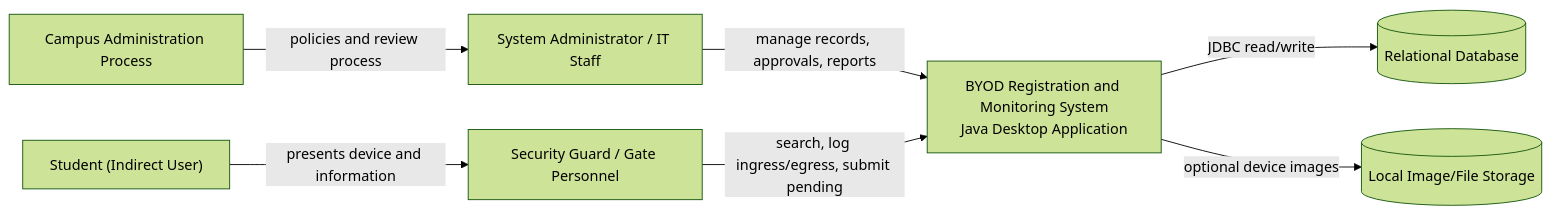
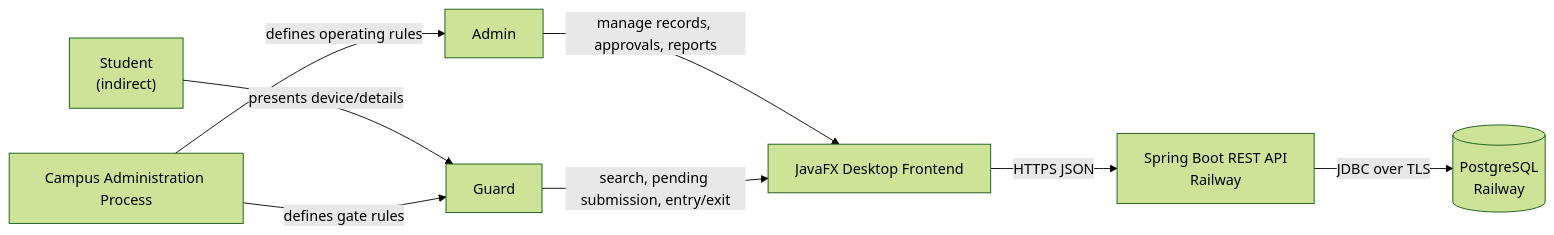
The diagram in docs/architecture/diagrams/mermaid/system-context.mmd (isnotfred/javafx-byod-client), drawn with Mermaid (forest theme) before and after one commit. The commit also changed other lines of this file and 55 other files, not shown here.

Commit message:
Update system analysis and architecture documentation

```diff
--- a/docs/architecture/diagrams/mermaid/system-context.mmd
+++ b/docs/architecture/diagrams/mermaid/system-context.mmd
@@ -1,15 +1,16 @@
 flowchart LR
-    Admin["System Administrator / IT Staff"]
-    Guard["Security Guard / Gate Personnel"]
-    Student["Student (Indirect User)"]
-    Campus["Campus Administration Process"]
-    App["BYOD Registration and Monitoring System\nJava Desktop Application"]
-    DB[("Relational Database")]
-    Files[("Local Image/File Storage")]
+    Admin["Admin"]
+    Guard["Guard"]
+    Student["Student\n(indirect)"]
+    Frontend["JavaFX Desktop Frontend"]
+    Backend["Spring Boot REST API\nRailway"]
+    DB[("PostgreSQL\nRailway")]
+    Policy["Campus Administration Process"]
 
-    Admin -->|"manage records, approvals, reports"| App
-    Guard -->|"search, log ingress/egress, submit pending"| App
-    Student -->|"presents device and information"| Guard
-    Campus -->|"policies and review process"| Admin
-    App -->|"JDBC read/write"| DB
-    App -->|"optional device images"| Files
+    Admin -->|"manage records, approvals, reports"| Frontend
+    Guard -->|"search, pending submission, entry/exit"| Frontend
+    Student -->|"presents device/details"| Guard
+    Frontend -->|"HTTPS JSON"| Backend
+    Backend -->|"JDBC over TLS"| DB
+    Policy -->|"defines operating rules"| Admin
+    Policy -->|"defines gate rules"| Guard
```
